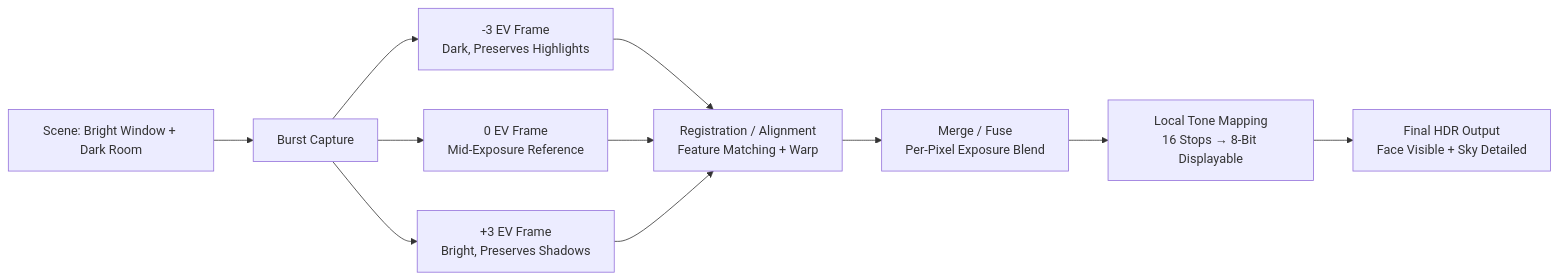
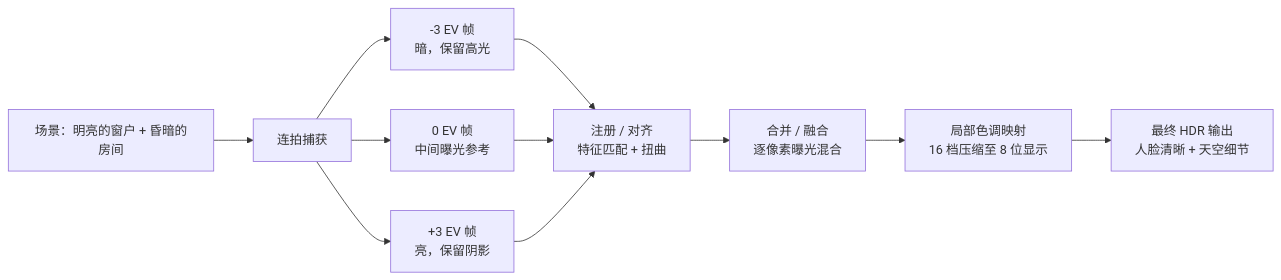
The first of 7 diagrams in website/i18n/zh-Hans/docusaurus-plugin-content-docs/current/camera2/what-can-modern-smartphone-cameras-do.md (zoozooll/AndroidCameraParameters), drawn with Mermaid before and after one commit. The commit also changed other lines of this file and 378 other files, not shown here.

````diff
--- a/website/i18n/zh-Hans/docusaurus-plugin-content-docs/current/camera2/what-can-modern-smartphone-cameras-do.md
+++ b/website/i18n/zh-Hans/docusaurus-plugin-content-docs/current/camera2/what-can-modern-smartphone-cameras-do.md
@@ -32,13 +32,13 @@
 ```mermaid
 flowchart LR
-    A[Scene: Bright Window + Dark Room] --> B[Burst Capture]
-    B --> C1[-3 EV Frame\nDark, Preserves Highlights]
-    B --> C2[0 EV Frame\nMid-Exposure Reference]
-    B --> C3[+3 EV Frame\nBright, Preserves Shadows]
-    C1 --> D[Registration / Alignment\nFeature Matching + Warp]
+    A["场景：明亮的窗户 + 昏暗的房间"] --> B["连拍捕获"]
+    B --> C1["-3 EV 帧<br/>暗，保留高光"]
+    B --> C2["0 EV 帧<br/>中间曝光参考"]
+    B --> C3["+3 EV 帧<br/>亮，保留阴影"]
+    C1 --> D["注册 / 对齐<br/>特征匹配 + 扭曲"]
     C2 --> D
     C3 --> D
-    D --> E[Merge / Fuse\nPer-Pixel Exposure Blend]
-    E --> F[Local Tone Mapping\n16 Stops → 8-Bit Displayable]
-    F --> G[Final HDR Output\nFace Visible + Sky Detailed]
+    D --> E["合并 / 融合<br/>逐像素曝光混合"]
+    E --> F["局部色调映射<br/>16 档压缩至 8 位显示"]
+    F --> G["最终 HDR 输出<br/>人脸清晰 + 天空细节"]
 ```
````
